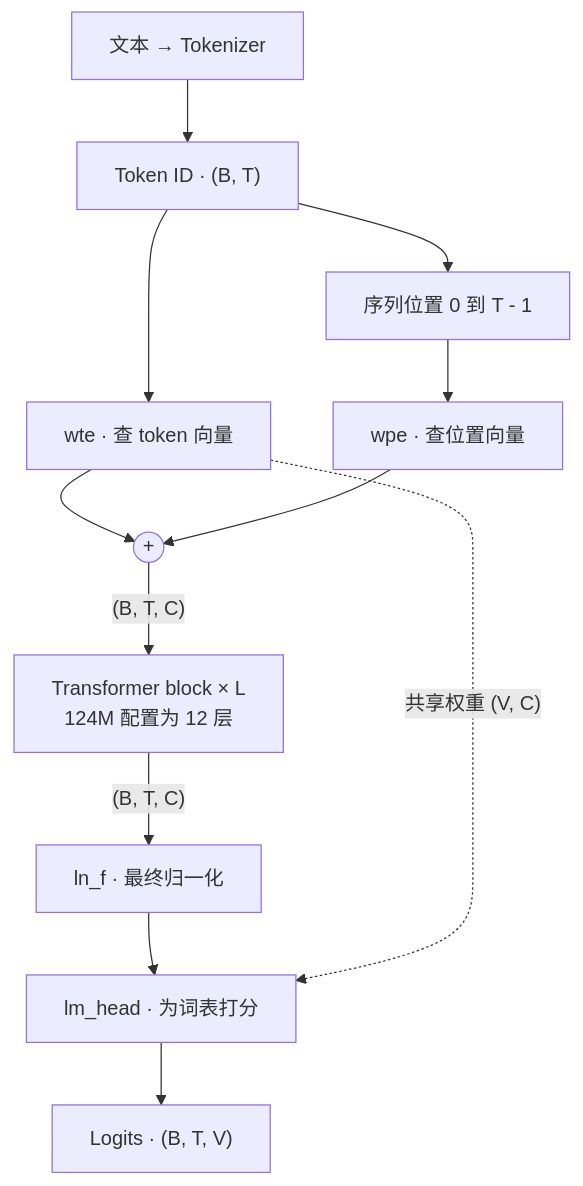
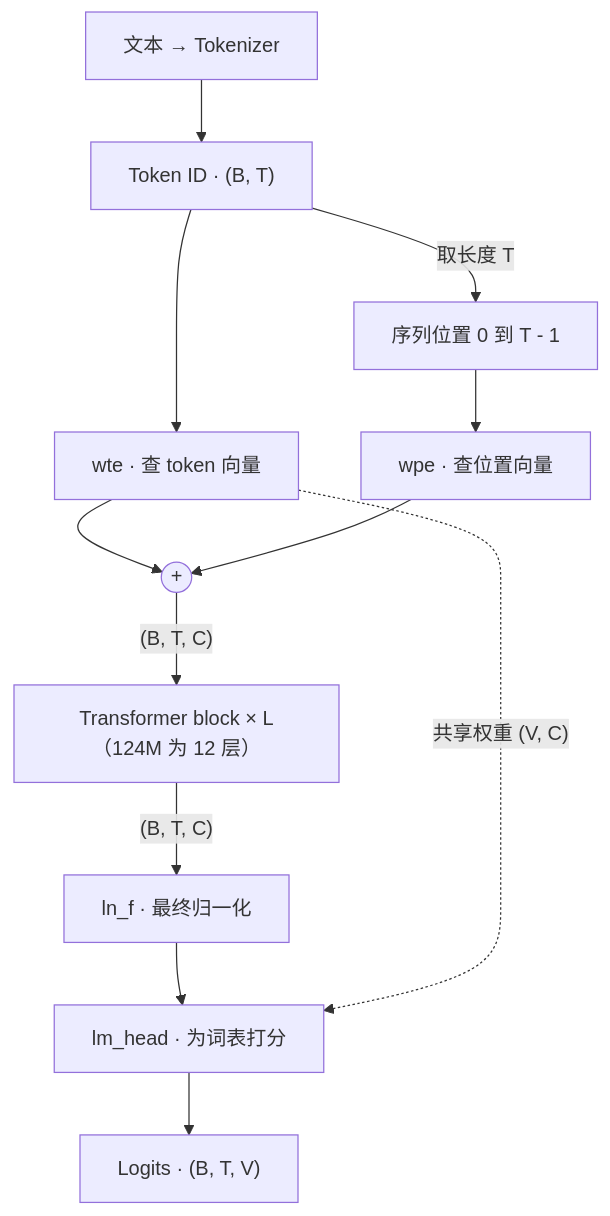
Before and after one commit to Sumire-no-kai/GPT2-from-scratch: the first of 2 diagrams in notes/qa/02-model.md, drawn with Mermaid. The commit also changed other lines of this file and 1 other file, not shown here.

````diff
--- a/notes/qa/02-model.md
+++ b/notes/qa/02-model.md
@@ -28,13 +32,13 @@
 ```mermaid
 flowchart TD
     text["文本 → Tokenizer"] --> ids["Token ID · (B, T)"]
     ids --> wte["wte · 查 token 向量"]
-    ids --> positions["序列位置 0 到 T - 1"] --> wpe["wpe · 查位置向量"]
+    ids -->|"取长度 T"| positions["序列位置 0 到 T - 1"] --> wpe["wpe · 查位置向量"]
     wte --> add(("+"))
     wpe --> add
-    add -->|"(B, T, C)"| stack["Transformer block × L<br/>124M 配置为 12 层"]
+    add -->|"(B, T, C)"| stack["Transformer block × L（124M 为 12 层）"]
     stack -->|"(B, T, C)"| ln["ln_f · 最终归一化"]
     ln --> head["lm_head · 为词表打分"]
     wte -. "共享权重 (V, C)" .-> head
     head --> logits["Logits · (B, T, V)"]
 ```
````
